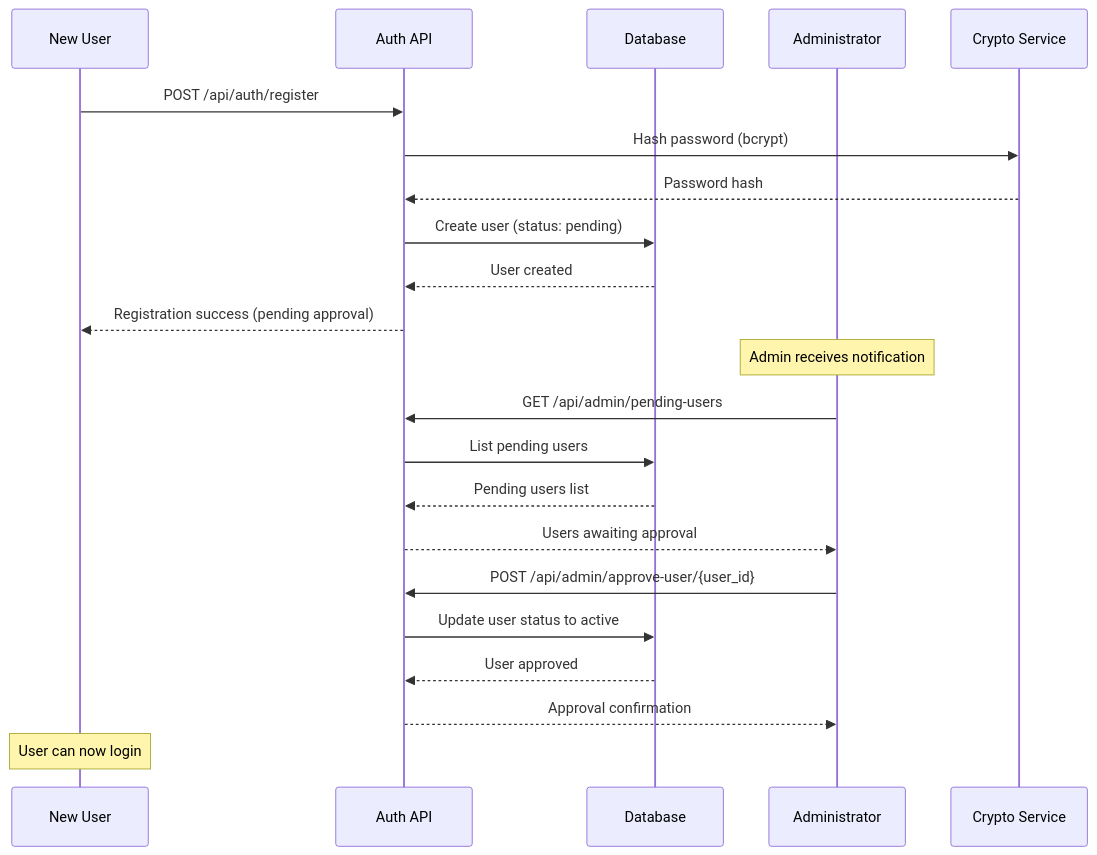
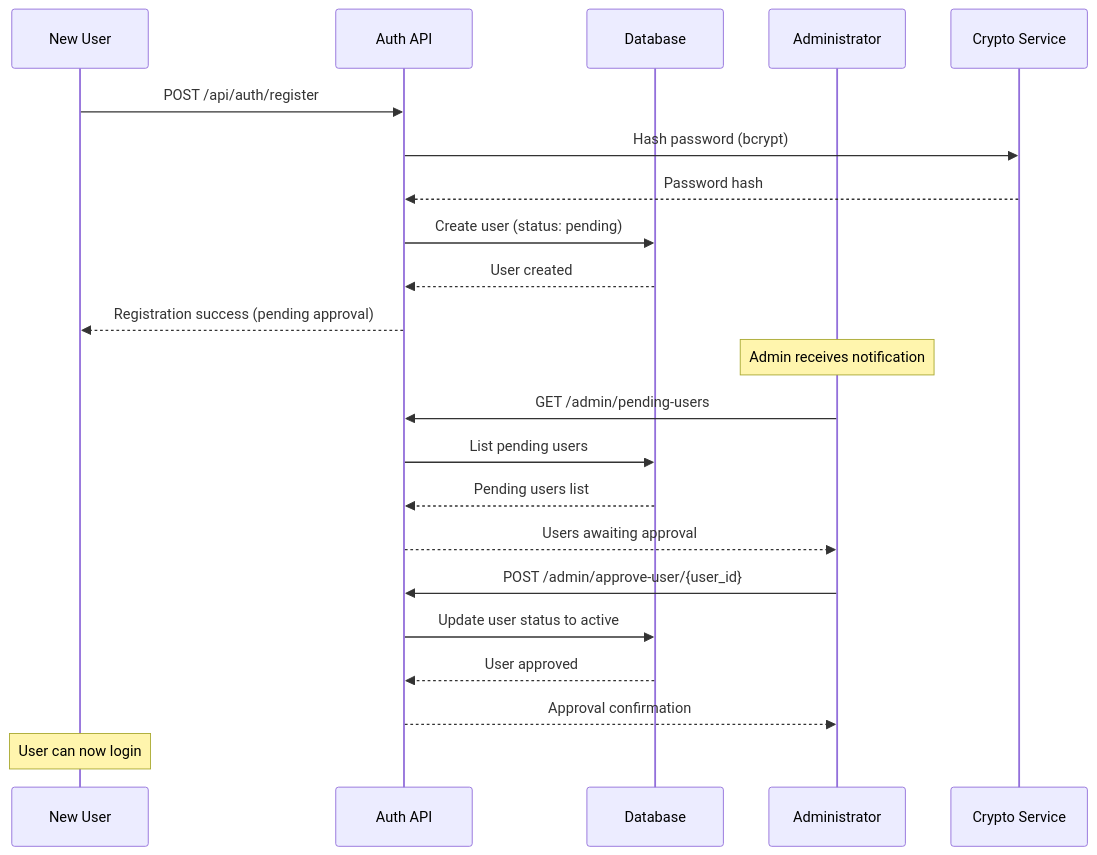
One commit to Async-IO/pierre_mcp_server changed the third of 5 diagrams in docs/developer-guide/06-authentication.md. Above: the diagram before and after it, drawn with Mermaid. The commit also changed other lines of this file and 20 other files, not shown here.

Commit message:
feat: implement frontend user approval flow with real-time updates and standardize REST API endpoints

````diff
--- a/docs/developer-guide/06-authentication.md
+++ b/docs/developer-guide/06-authentication.md
@@ -161,30 +161,30 @@
 ```mermaid
 sequenceDiagram
     participant User as New User
     participant API as Auth API
     participant DB as Database
     participant Admin as Administrator
     participant Crypto as Crypto Service
     
     User->>API: POST /api/auth/register
     API->>Crypto: Hash password (bcrypt)
     Crypto-->>API: Password hash
     
     API->>DB: Create user (status: pending)
     DB-->>API: User created
     
     API-->>User: Registration success (pending approval)
     
     Note over Admin: Admin receives notification
-    Admin->>API: GET /api/admin/pending-users
+    Admin->>API: GET /admin/pending-users
     API->>DB: List pending users
     DB-->>API: Pending users list
     API-->>Admin: Users awaiting approval
     
-    Admin->>API: POST /api/admin/approve-user/{user_id}
+    Admin->>API: POST /admin/approve-user/{user_id}
     API->>DB: Update user status to active
     DB-->>API: User approved
     API-->>Admin: Approval confirmation
     
     Note over User: User can now login
 ```
````
